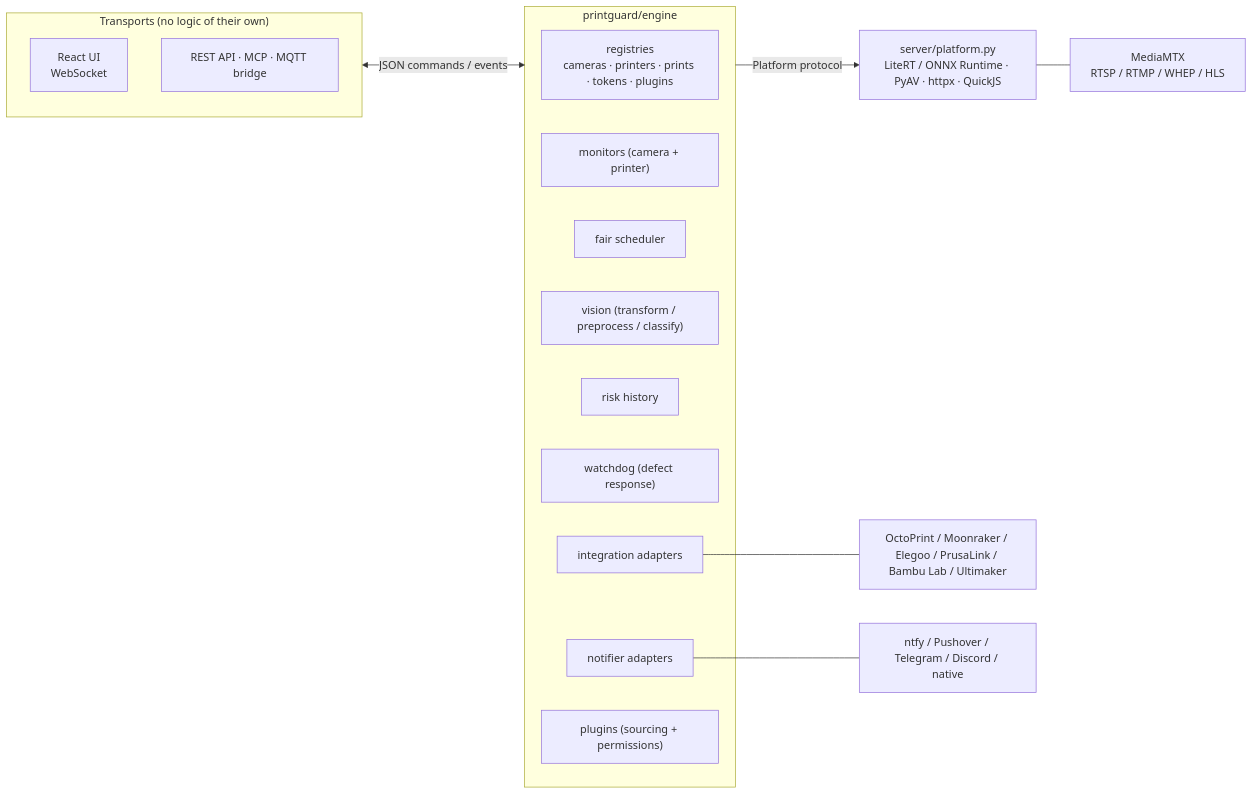
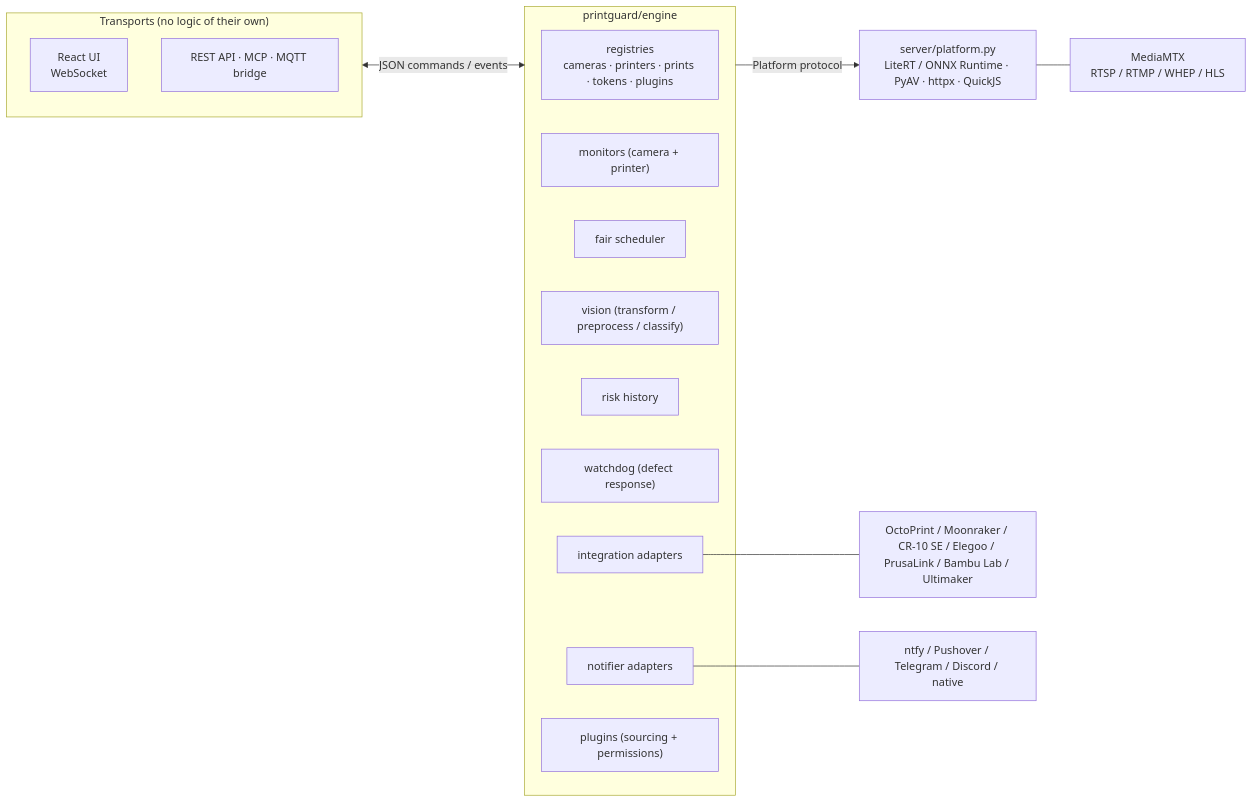
Before and after one commit to oliverbravery/PrintGuard: the first of 5 diagrams in docs/architecture.md, drawn with Mermaid. The commit also changed other lines of this file and 17 other files, not shown here.

````diff
--- a/docs/architecture.md
+++ b/docs/architecture.md
@@ -33,26 +33,26 @@
 ```mermaid
 flowchart LR
     subgraph transports["Transports (no logic of their own)"]
         ui["React UI<br/>WebSocket"]
         surface["REST API · MCP · MQTT bridge"]
     end
 
     subgraph engine["printguard/engine"]
         registry["registries<br/>cameras · printers · prints · tokens · plugins"]
         monitors["monitors (camera + printer)"]
         scheduler["fair scheduler"]
         vision["vision (transform / preprocess / classify)"]
         history["risk history"]
         watchdog["watchdog (defect response)"]
         integrations["integration adapters"]
         notifiers["notifier adapters"]
         plugins["plugins (sourcing + permissions)"]
     end
 
     transports <-- "JSON commands / events" --> engine
     engine -- "Platform protocol" --> server["server/platform.py<br/>LiteRT / ONNX Runtime · PyAV · httpx · QuickJS"]
 
     server --- mediamtx["MediaMTX<br/>RTSP / RTMP / WHEP / HLS"]
-    integrations --- printersvc["OctoPrint / Moonraker / Elegoo / PrusaLink / Bambu Lab / Ultimaker"]
+    integrations --- printersvc["OctoPrint / Moonraker / CR-10 SE / Elegoo / PrusaLink / Bambu Lab / Ultimaker"]
     notifiers --- push["ntfy / Pushover / Telegram / Discord / native"]
 ```
````
